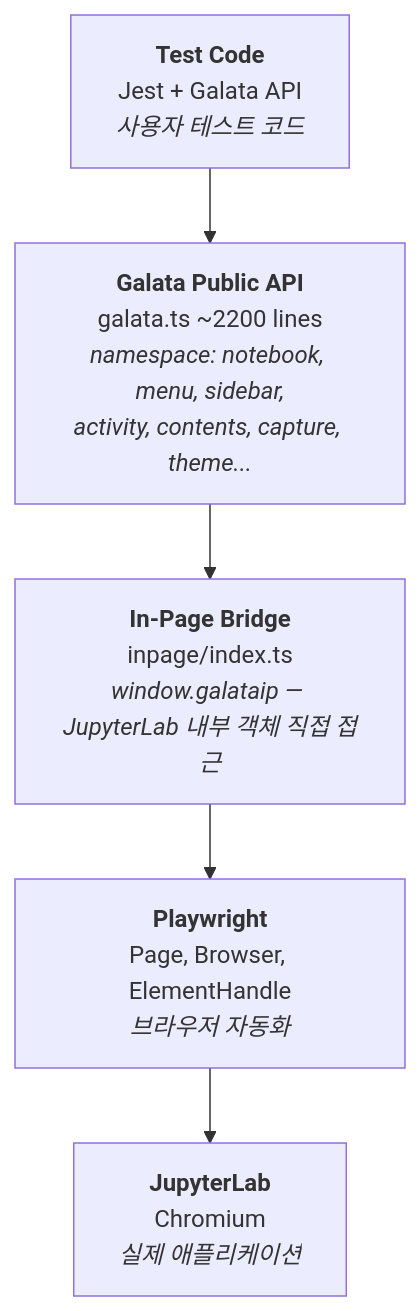
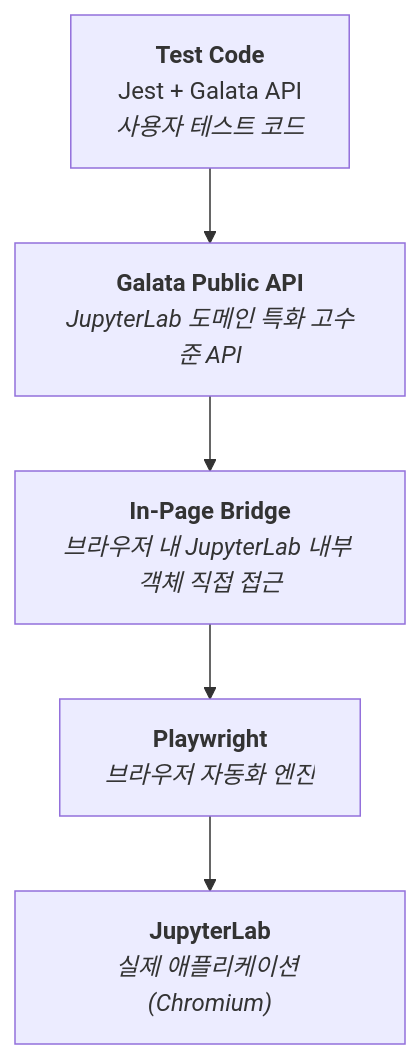
The first of 7 diagrams in docs/galata-technical-overview.md (lks21c/galata), drawn with Mermaid before and after one commit. The commit also changed other lines of this file, not shown here.

````diff
--- a/docs/galata-technical-overview.md
+++ b/docs/galata-technical-overview.md
@@ -22,10 +22,10 @@
 ```mermaid
 flowchart TD
     test["<b>Test Code</b><br/>Jest + Galata API<br/><i>사용자 테스트 코드</i>"]
-    api["<b>Galata Public API</b><br/>galata.ts ~2200 lines<br/><i>namespace: notebook, menu, sidebar,<br/>activity, contents, capture, theme...</i>"]
-    bridge["<b>In-Page Bridge</b><br/>inpage/index.ts<br/><i>window.galataip — JupyterLab 내부 객체 직접 접근</i>"]
-    pw["<b>Playwright</b><br/>Page, Browser, ElementHandle<br/><i>브라우저 자동화</i>"]
-    jlab["<b>JupyterLab</b><br/>Chromium<br/><i>실제 애플리케이션</i>"]
+    api["<b>Galata Public API</b><br/><i>JupyterLab 도메인 특화 고수준 API</i>"]
+    bridge["<b>In-Page Bridge</b><br/><i>브라우저 내 JupyterLab 내부 객체 직접 접근</i>"]
+    pw["<b>Playwright</b><br/><i>브라우저 자동화 엔진</i>"]
+    jlab["<b>JupyterLab</b><br/><i>실제 애플리케이션 (Chromium)</i>"]
 
     test --> api --> bridge --> pw --> jlab
 ```
````
